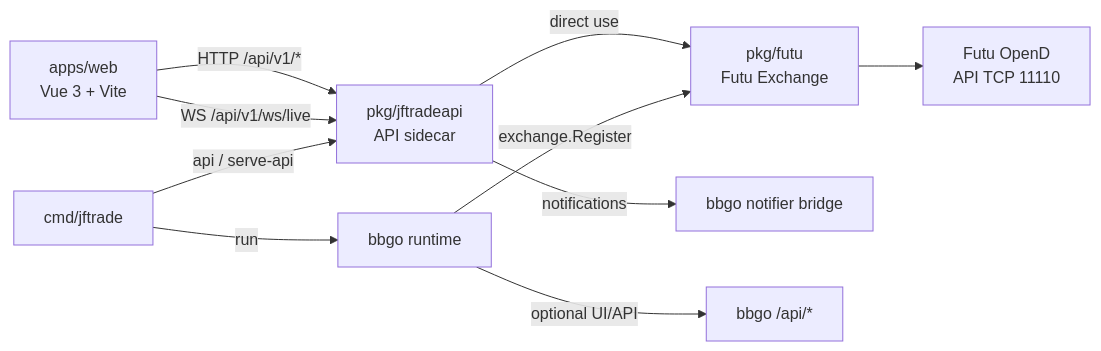
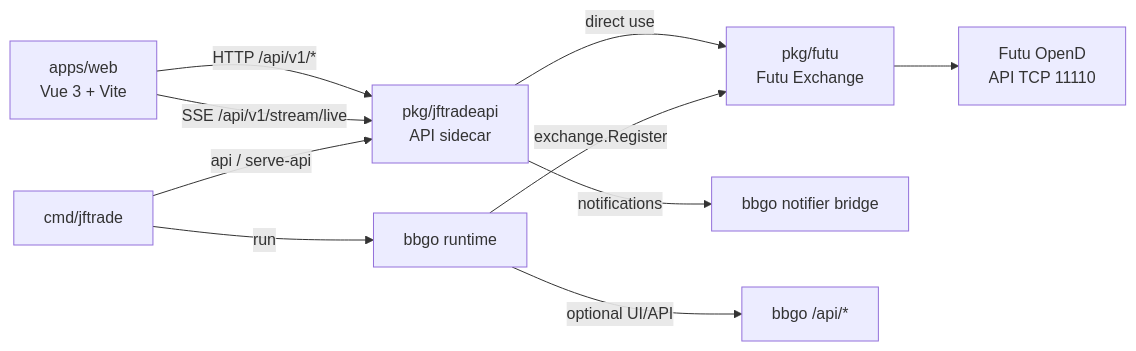
Before and after one commit to Dennishaha/JFTrade: the diagram in docs/architecture.md, drawn with Mermaid. The commit also changed other lines of this file and 46 other files, not shown here.

````diff
--- a/docs/architecture.md
+++ b/docs/architecture.md
@@ -22,13 +22,13 @@
 ```mermaid
 flowchart LR
     Web[apps/web\nVue 3 + Vite] -->|HTTP /api/v1/*| Sidecar[pkg/jftradeapi\nAPI sidecar]
-    Web -->|WS /api/v1/ws/live| Sidecar
+    Web -->|SSE /api/v1/stream/live| Sidecar
     Sidecar -->|direct use| Futu[pkg/futu\nFutu Exchange]
     Sidecar -->|notifications| BBGONotify[bbgo notifier bridge]
     Futu --> OpenD[Futu OpenD\nAPI TCP 11110]
 
     CLI[cmd/jftrade] -->|api / serve-api| Sidecar
     CLI -->|run| BBGO[bbgo runtime]
     BBGO -->|exchange.Register| Futu
     BBGO -->|optional UI/API| BBGOServer[bbgo /api/*]
 ```
````
